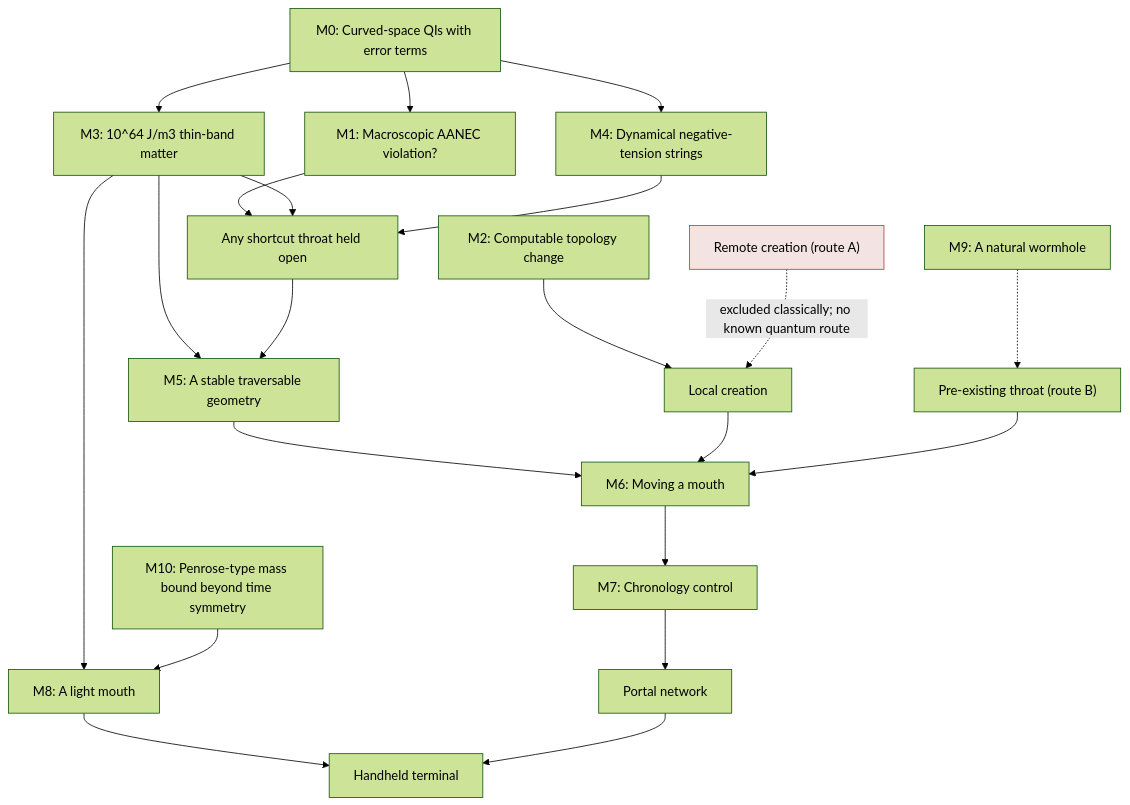
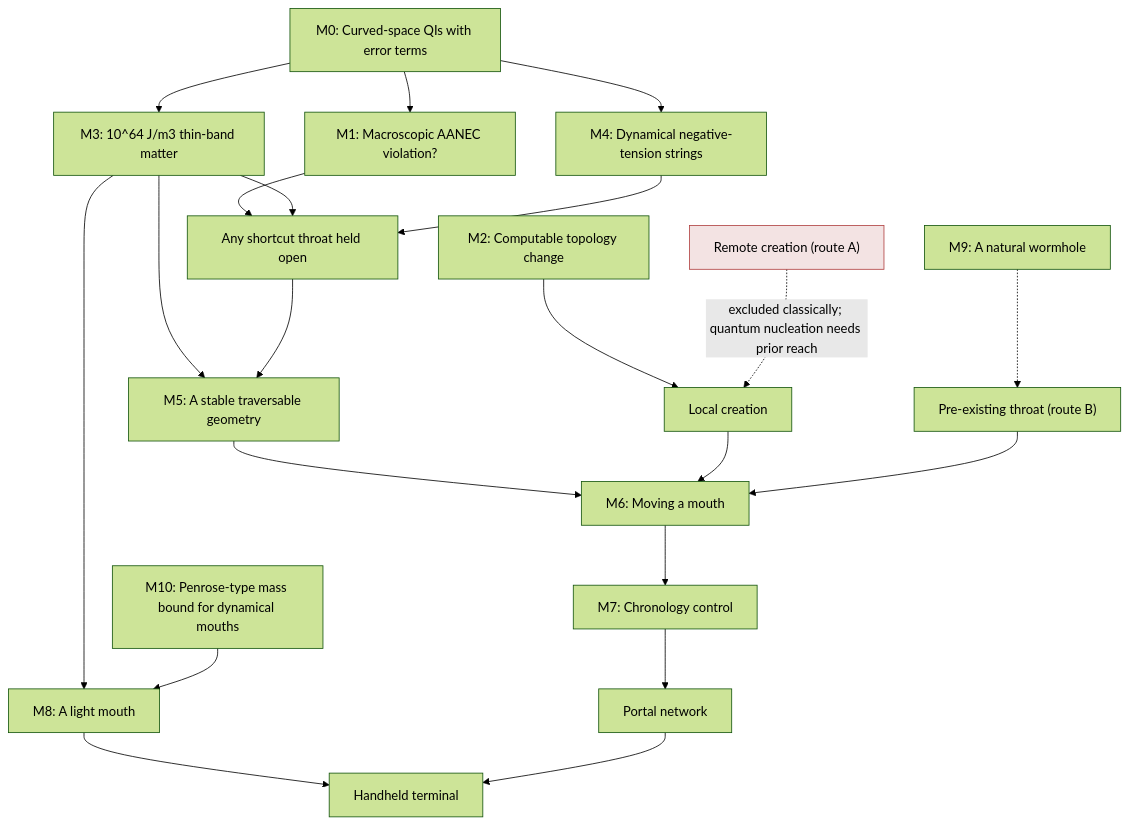
One commit to JustAdev742/codespace changed the diagram in research/portal-gun/phase2/results/milestones.mmd. Above: the diagram before and after it, drawn with Mermaid (forest theme). The commit also changed 11 other files, not shown here.

```diff
--- a/research/portal-gun/phase2/results/milestones.mmd
+++ b/research/portal-gun/phase2/results/milestones.mmd
@@ -1,34 +1,34 @@
 flowchart TD
   M0["M0: Curved-space QIs with error terms"]
   M1["M1: Macroscopic AANEC violation?"]
   M2["M2: Computable topology change"]
   M3["M3: 10^64 J/m3 thin-band matter"]
   M4["M4: Dynamical negative-tension strings"]
   M5["M5: A stable traversable geometry"]
   M6["M6: Moving a mouth"]
   M7["M7: Chronology control"]
   M8["M8: A light mouth"]
   M9["M9: A natural wormhole"]
-  M10["M10: Penrose-type mass bound beyond time symmetry"]
+  M10["M10: Penrose-type mass bound for dynamical mouths"]
   M0 --> M1
   M0 --> M3
   M0 --> M4
   M3 --> M5
   M5 --> M6
   M6 --> M7
   M3 --> M8
   M10 --> M8
   M1 --> HOLD["Any shortcut throat held open"]
   M3 --> HOLD
   M4 --> HOLD
   M2 --> CREATE["Local creation"]
   M9 -.-> EXIST["Pre-existing throat (route B)"]
   CREATE --> M6
   EXIST --> M6
   HOLD --> M5
   M7 --> NET["Portal network"]
   M8 --> HAND["Handheld terminal"]
   NET --> HAND
   REMOTE["Remote creation (route A)"]:::dead
-  REMOTE -. excluded classically; no known quantum route .-> CREATE
+  REMOTE -. excluded classically; quantum nucleation needs prior reach .-> CREATE
   classDef dead fill:#f3e3e3,stroke:#b04040
```
